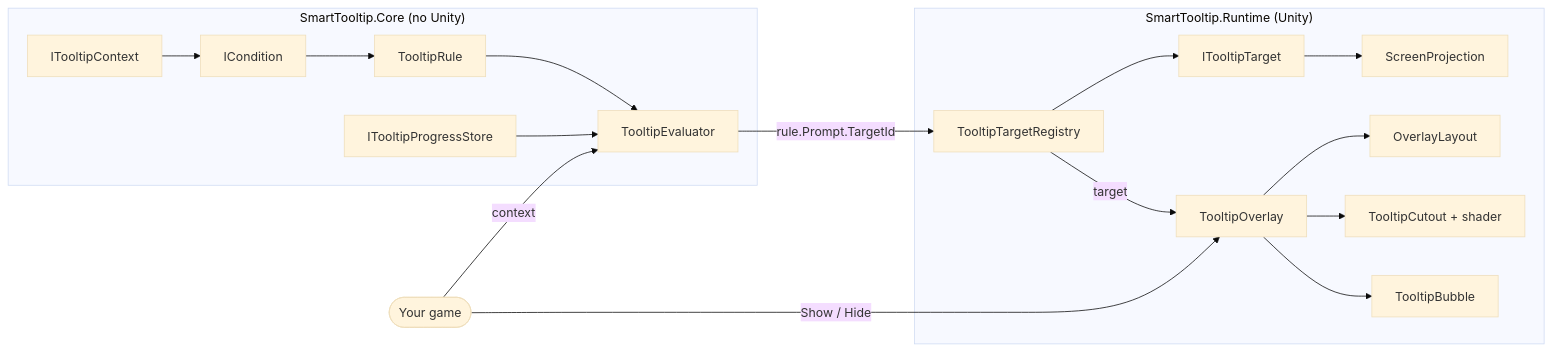
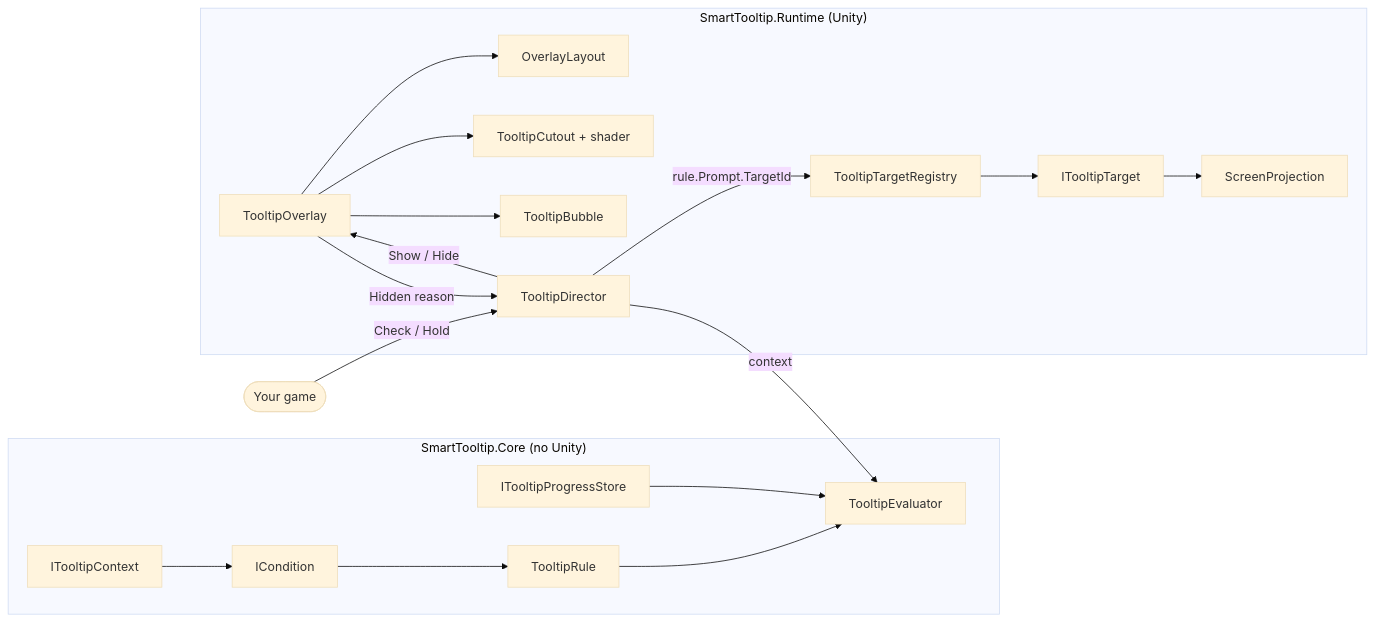
Before and after one commit to MidasCE/unity-smart-tooltip: the first of 8 diagrams in Docs/How It Works.md, drawn with Mermaid (base theme). The commit also changed other lines of this file and 34 other files, not shown here.

Commit message:
Add TooltipDirector with done conditions, off screen targets and new samples

````diff
--- a/Docs/How It Works.md
+++ b/Docs/How It Works.md
@@ -27,22 +29,24 @@
 ```mermaid
 flowchart LR
     subgraph Core["SmartTooltip.Core (no Unity)"]
         Ctx[ITooltipContext] --> Cond[ICondition]
         Cond --> Rule[TooltipRule]
         Rule --> Eval[TooltipEvaluator]
         Store[ITooltipProgressStore] --> Eval
     end
 
     subgraph Runtime["SmartTooltip.Runtime (Unity)"]
         Reg[TooltipTargetRegistry] --> Tgt[ITooltipTarget]
         Tgt --> Proj[ScreenProjection]
         Ovl[TooltipOverlay] --> Lay[OverlayLayout]
         Ovl --> Cut[TooltipCutout + shader]
         Ovl --> Bub[TooltipBubble]
+        Dir[TooltipDirector]
     end
 
-    Game([Your game]) -->|context| Eval
-    Eval -->|rule.Prompt.TargetId| Reg
-    Reg -->|target| Ovl
-    Game -->|Show / Hide| Ovl
+    Game([Your game]) -->|Check / Hold| Dir
+    Dir -->|context| Eval
+    Dir -->|rule.Prompt.TargetId| Reg
+    Dir -->|Show / Hide| Ovl
+    Ovl -->|Hidden reason| Dir
 ```
````
